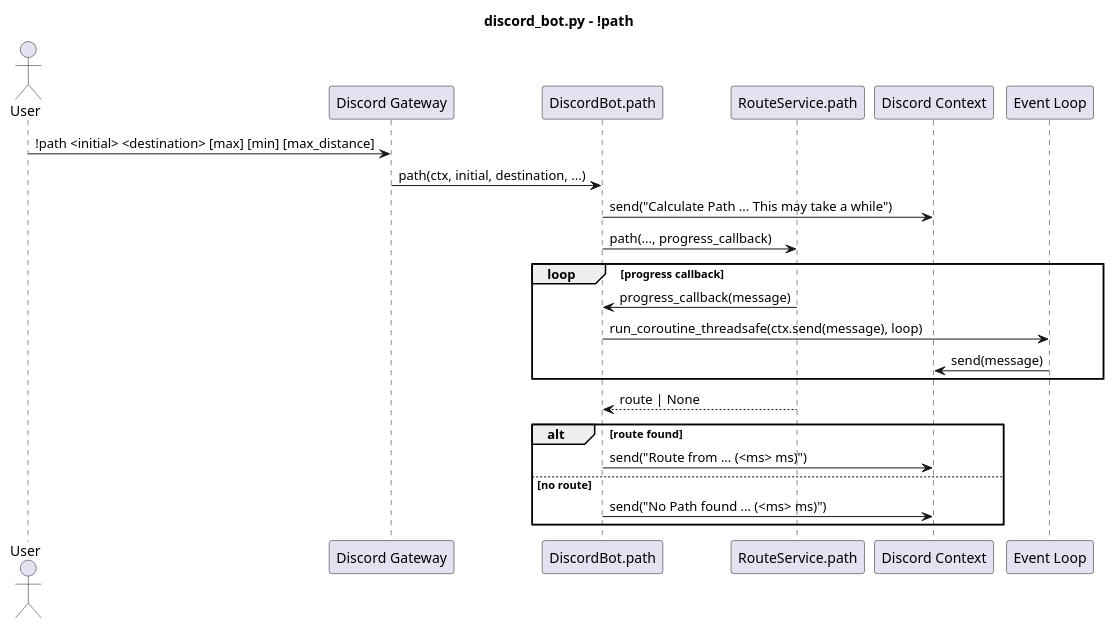
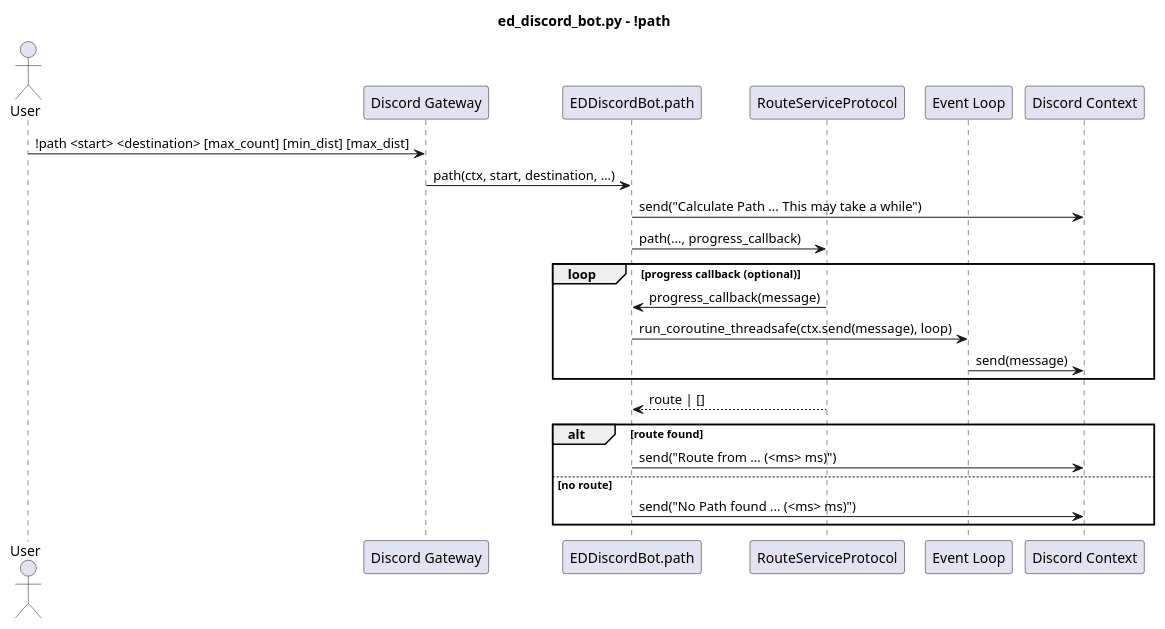
Before and after one commit to fazleskhan/elite_dangerous_discord_tools: the third of 7 diagrams in docs/discord_bot_sequences.puml, drawn with PlantUML. The commit also changed other lines of this file and 73 other files, not shown here.

Commit message:
updated diagrams, readme, code comments and blacked source

```diff
--- a/docs/discord_bot_sequences.puml
+++ b/docs/discord_bot_sequences.puml
@@ -38,28 +38,28 @@
-@startuml discord_bot_path
-title discord_bot.py - !path
+@startuml ed_discord_bot_path
+title ed_discord_bot.py - !path
 
 actor User
 participant "Discord Gateway" as Gateway
-participant "DiscordBot.path" as Bot
-participant "RouteService.path" as Route
+participant "EDDiscordBot.path" as Bot
+participant "RouteServiceProtocol" as Route
+participant "Event Loop" as Loop
 participant "Discord Context" as Ctx
-participant "Event Loop" as Loop
 
-User -> Gateway : !path <initial> <destination> [max] [min] [max_distance]
-Gateway -> Bot : path(ctx, initial, destination, ...)
+User -> Gateway : !path <start> <destination> [max_count] [min_dist] [max_dist]
+Gateway -> Bot : path(ctx, start, destination, ...)
 Bot -> Ctx : send("Calculate Path ... This may take a while")
 Bot -> Route : path(..., progress_callback)
 
-loop progress callback
+loop progress callback (optional)
   Route -> Bot : progress_callback(message)
   Bot -> Loop : run_coroutine_threadsafe(ctx.send(message), loop)
   Loop -> Ctx : send(message)
 end
 
-Route --> Bot : route | None
+Route --> Bot : route | []
 alt route found
   Bot -> Ctx : send("Route from ... (<ms> ms)")
 else no route
   Bot -> Ctx : send("No Path found ... (<ms> ms)")
 end
 @enduml
```
